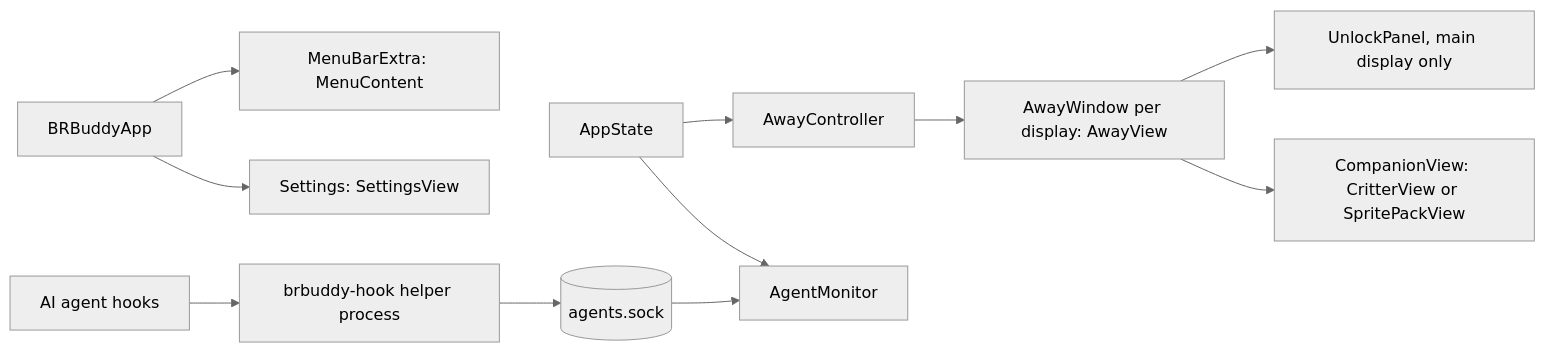
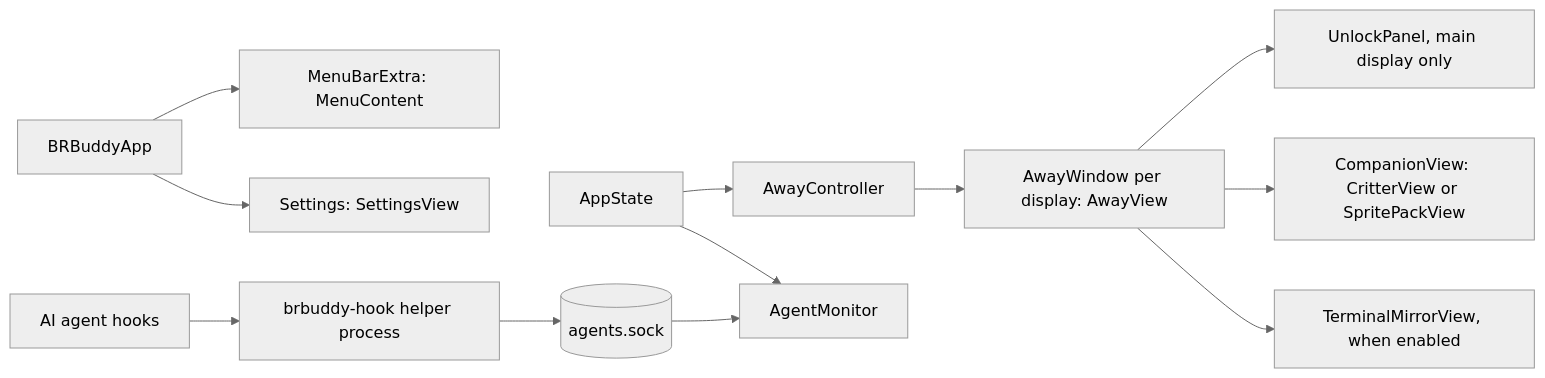
Before and after one commit to dhaataalimited-hub/brbuddy: the first of 2 diagrams in docs/architecture/README.md, drawn with Mermaid (neutral theme). The commit also changed other lines of this file and 19 other files, not shown here.

First line of the commit message:
Phase 4: read-only terminal mirror on the away screen

````diff
--- a/docs/architecture/README.md
+++ b/docs/architecture/README.md
@@ -27,12 +31,13 @@
 ```mermaid
 flowchart LR
   App[BRBuddyApp] --> Menu[MenuBarExtra: MenuContent]
   App --> Settings[Settings: SettingsView]
   State[AppState] --> Away[AwayController]
   Away --> Win[AwayWindow per display: AwayView]
   Win --> Unlock[UnlockPanel, main display only]
   Win --> Comp[CompanionView: CritterView or SpritePackView]
+  Win --> Mirror[TerminalMirrorView, when enabled]
   Agents[AI agent hooks] --> Hook[brbuddy-hook helper process]
   Hook --> Sock[(agents.sock)] --> Monitor[AgentMonitor]
   State --> Monitor
 ```
````
